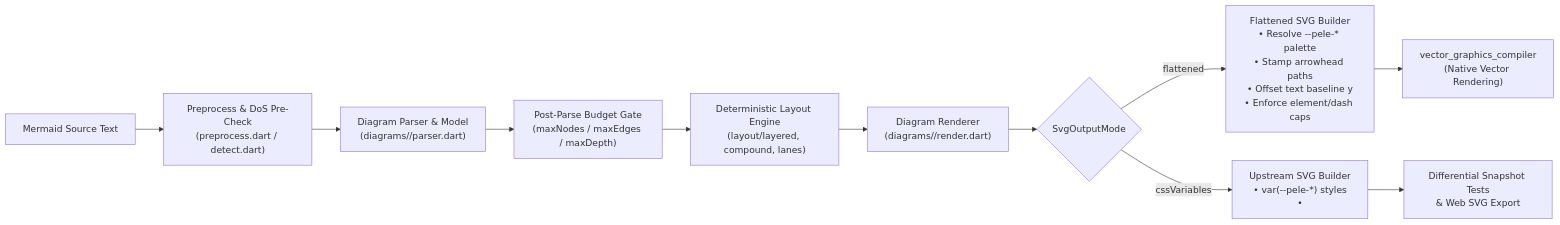
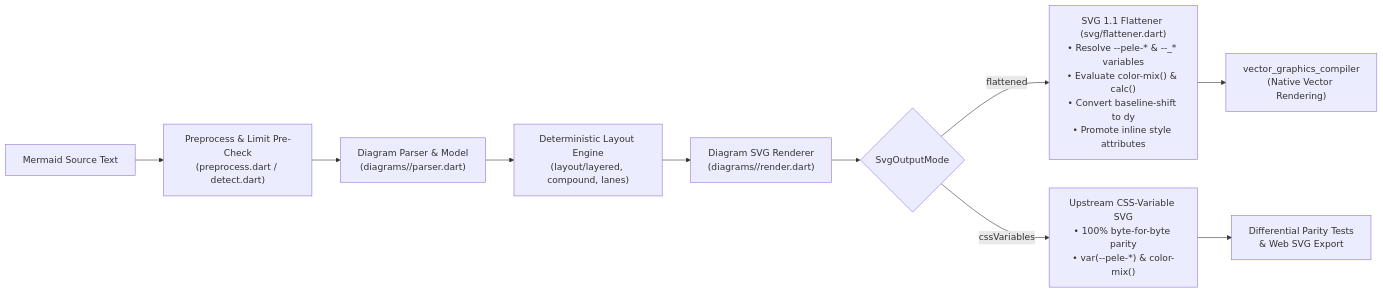
One commit to tkinnis/pele_dart changed the diagram in docs/DESIGN.md. Above: the diagram before and after it, drawn with Mermaid. The commit also changed other lines of this file and 13 other files, not shown here.

````diff
--- a/docs/DESIGN.md
+++ b/docs/DESIGN.md
@@ -187,13 +155,12 @@
 ```mermaid
 flowchart LR
-  A["Mermaid Source Text"] --> B["Preprocess & DoS Pre-Check\n(preprocess.dart / detect.dart)"]
+  A["Mermaid Source Text"] --> B["Preprocess & Limit Pre-Check\n(preprocess.dart / detect.dart)"]
   B --> C["Diagram Parser & Model\n(diagrams/<type>/parser.dart)"]
-  C --> D["Post-Parse Budget Gate\n(maxNodes / maxEdges / maxDepth)"]
-  D --> E["Deterministic Layout Engine\n(layout/layered, compound, lanes)"]
-  E --> F["Diagram Renderer\n(diagrams/<type>/render.dart)"]
-  F --> G{"SvgOutputMode"}
-  G -->|"flattened"| H["Flattened SVG Builder\n• Resolve --pele-* palette\n• Stamp arrowhead paths\n• Offset text baseline y\n• Enforce element/dash caps"]
-  G -->|"cssVariables"| I["Upstream SVG Builder\n• var(--pele-*) styles\n• <defs><marker>\n• dominant-baseline"]
-  H --> J["vector_graphics_compiler\n(Native Vector Rendering)"]
-  I --> K["Differential Snapshot Tests\n& Web SVG Export"]
+  C --> D["Deterministic Layout Engine\n(layout/layered, compound, lanes)"]
+  D --> E["Diagram SVG Renderer\n(diagrams/<type>/render.dart)"]
+  E --> F{"SvgOutputMode"}
+  F -->|"flattened"| G["SVG 1.1 Flattener (svg/flattener.dart)\n• Resolve --pele-* & --_* variables\n• Evaluate color-mix() & calc()\n• Convert baseline-shift to dy\n• Promote inline style attributes"]
+  F -->|"cssVariables"| H["Upstream CSS-Variable SVG\n• 100% byte-for-byte parity\n• var(--pele-*) & color-mix()"]
+  G --> I["vector_graphics_compiler\n(Native Vector Rendering)"]
+  H --> J["Differential Parity Tests\n& Web SVG Export"]
 ```
````
